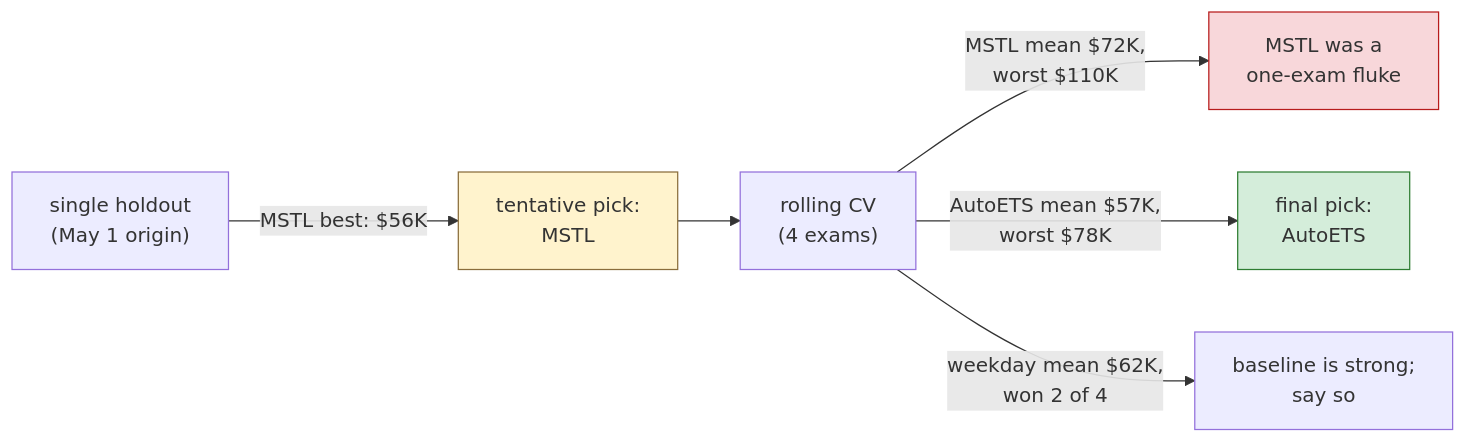
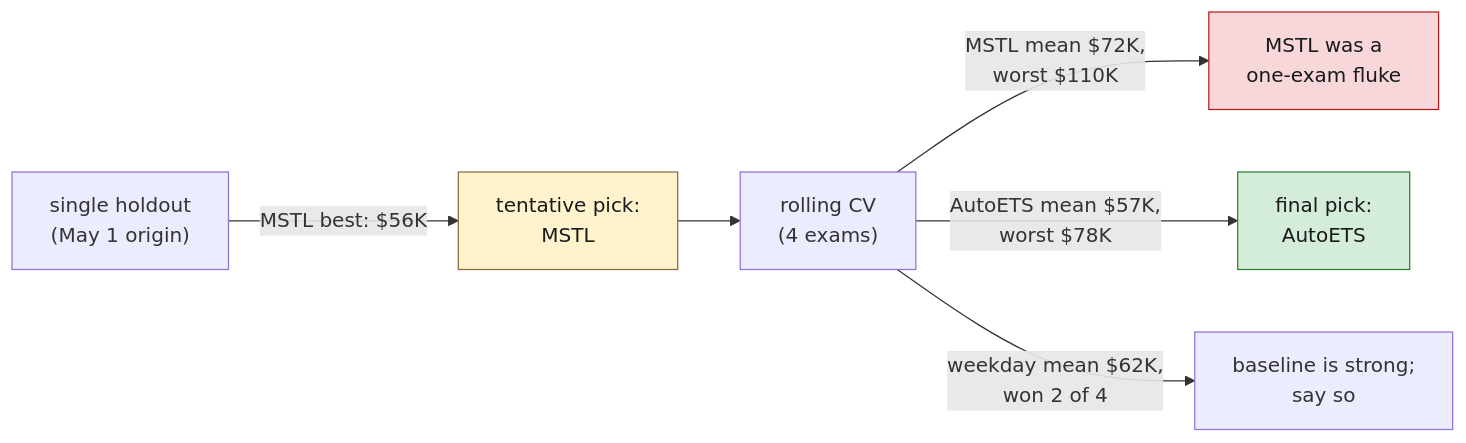
The seventh of 7 diagrams in docs/MODEL.md (alemanb/dashboard-royale), drawn with Mermaid before and after one commit. The commit also changed other lines of this file and 2 other files, not shown here.

Commit message:
Use dark text on colored Mermaid nodes for readability

````diff
--- a/docs/MODEL.md
+++ b/docs/MODEL.md
@@ -182,11 +182,11 @@
 ```mermaid
 flowchart LR
     H["single holdout<br/>(May 1 origin)"] -->|"MSTL best: $56K"| P1["tentative pick:<br/>MSTL"]
     P1 --> CV["rolling CV<br/>(4 exams)"]
     CV -->|"MSTL mean $72K,<br/>worst $110K"| X["MSTL was a<br/>one-exam fluke"]
     CV -->|"AutoETS mean $57K,<br/>worst $78K"| P2["final pick:<br/>AutoETS"]
     CV -->|"weekday mean $62K,<br/>won 2 of 4"| B["baseline is strong;<br/>say so"]
-    style P1 fill:#fff3cd,stroke:#8a6d3b
-    style X fill:#f8d7da,stroke:#b71c1c
-    style P2 fill:#d4edda,stroke:#2e7d32
+    style P1 fill:#fff3cd,stroke:#8a6d3b,color:#1a1a1a
+    style X fill:#f8d7da,stroke:#b71c1c,color:#1a1a1a
+    style P2 fill:#d4edda,stroke:#2e7d32,color:#1a1a1a
 ```
````
